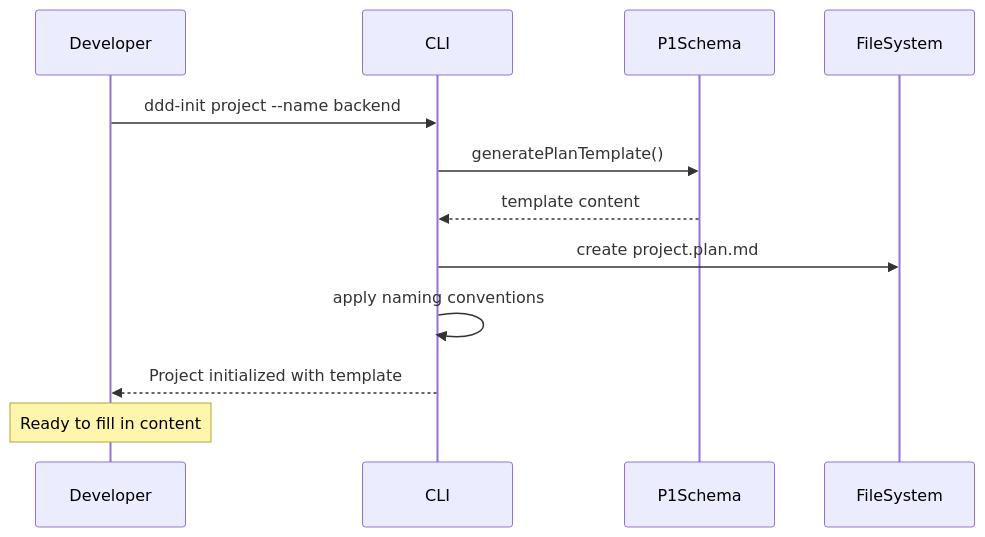
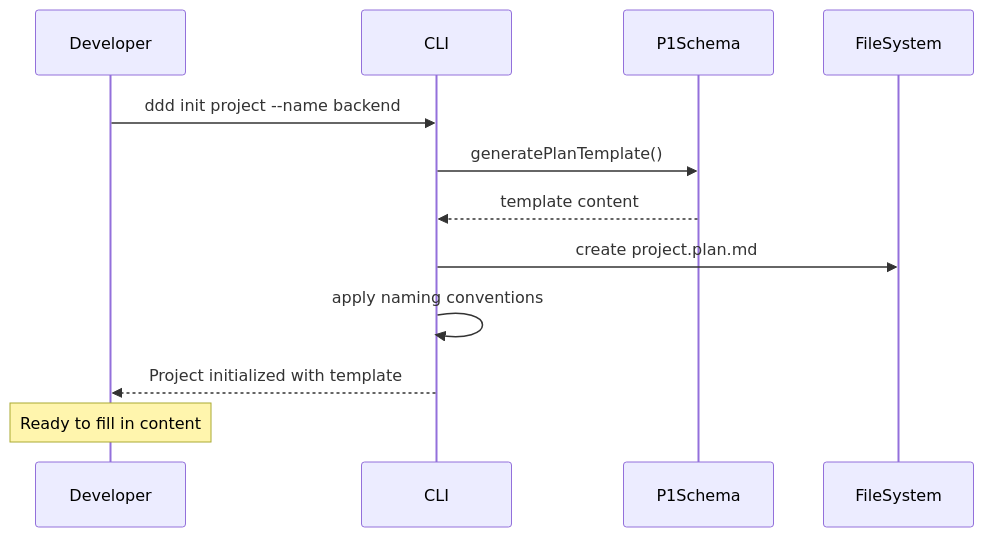
Before and after one commit to livelifelively/documentation-driven-development-tools: the first of 8 diagrams in docs/requirements/p1.p2-cli-tools.plan.md, drawn with Mermaid. The commit also changed other lines of this file and 15 other files, not shown here.

````diff
--- a/docs/requirements/p1.p2-cli-tools.plan.md
+++ b/docs/requirements/p1.p2-cli-tools.plan.md
@@ -40,15 +40,15 @@
 ```mermaid
 sequenceDiagram
     participant Developer
     participant CLI
     participant P1Schema
     participant FileSystem
 
-    Developer->>CLI: ddd-init project --name backend
+    Developer->>CLI: ddd init project --name backend
     CLI->>P1Schema: generatePlanTemplate()
     P1Schema-->>CLI: template content
     CLI->>FileSystem: create project.plan.md
     CLI->>CLI: apply naming conventions
     CLI-->>Developer: Project initialized with template
     Note over Developer: Ready to fill in content
 ```
````
